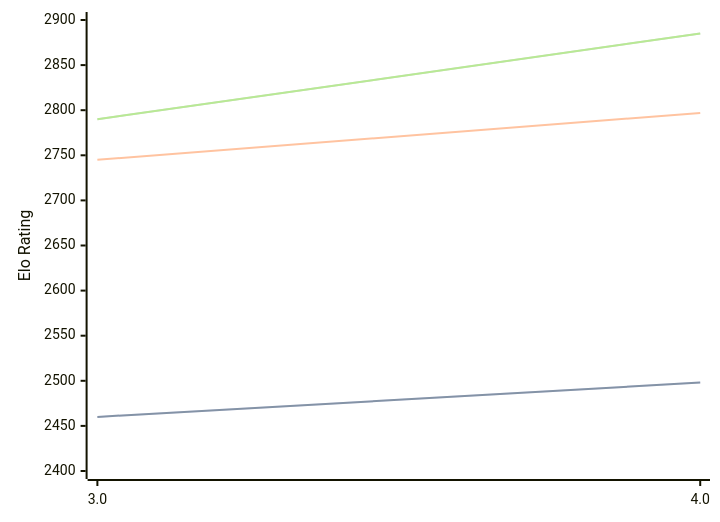
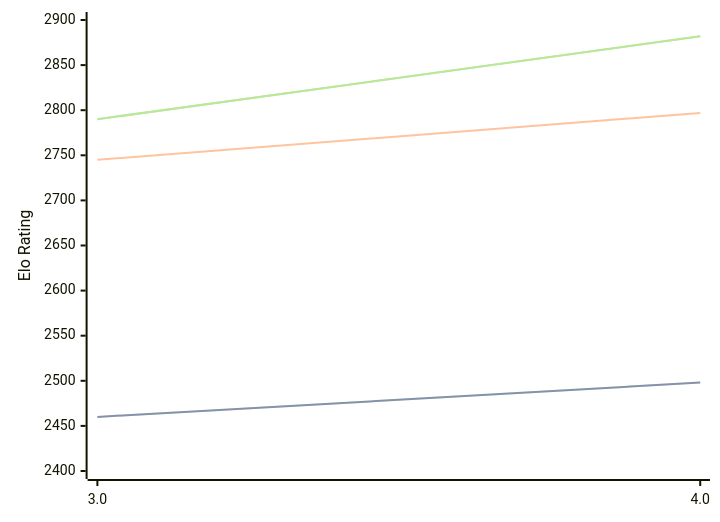
Before and after one commit to computer-chess-index/cci: the diagram in engines/Chess3.md, drawn with Mermaid. The commit also changed other lines of this file, not shown here.

Commit message:
Update CCI Ratings (ELO VLTC) - 2026-07-28

````diff
--- a/engines/Chess3.md
+++ b/engines/Chess3.md
@@ -34,11 +34,11 @@
 ```mermaid
 %%{init: {"theme":"base","themeVariables":{"seriesColors:['#a3a3a3','#222221','#faa371']}}}%%
 xychart-beta
   x-axis ["3.0", "4.0"]
   y-axis "Elo Rating" 2400 --> 2900
   line "STC (8.0+0.08s)" [2460, 2498]
   line "STC (8.0+0.08s)" [2460, 2498]
   line "LTC (60.0+0.60s)" [2745, 2797]
-  line "VLTC (2m24s+1.12s)" [2790, 2885]
-  line "VLTC (2m24s+1.12s)" [2790, 2885]
+  line "VLTC (2m24s+1.12s)" [2790, 2882]
+  line "VLTC (2m24s+1.12s)" [2790, 2882]
 ```
````
